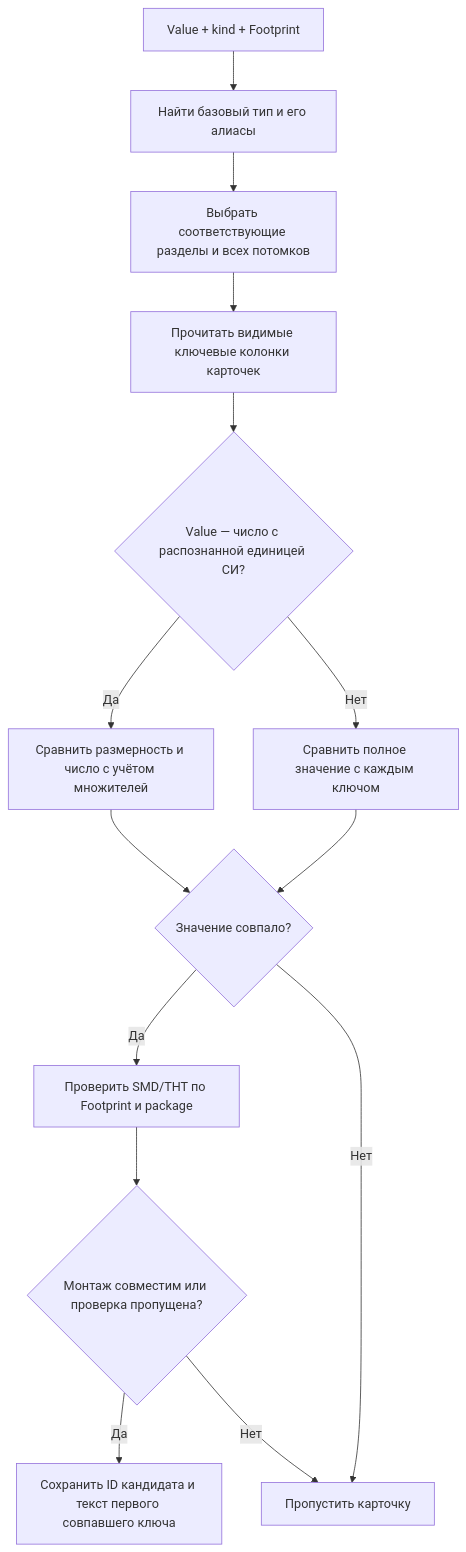
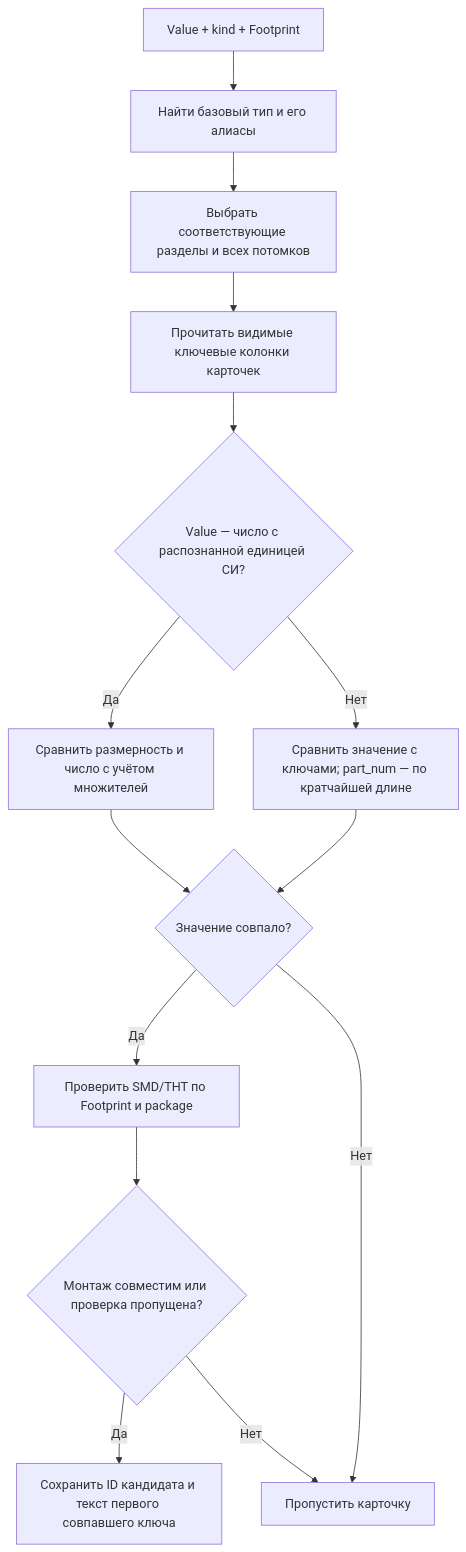
One commit to abel-msk/PartsDB changed the diagram in docs/parts-matching-algorithm-examples.md. Above: the diagram before and after it, drawn with Mermaid. The commit also changed other lines of this file and 106 other files, not shown here.

````diff
--- a/docs/parts-matching-algorithm-examples.md
+++ b/docs/parts-matching-algorithm-examples.md
@@ -28,16 +28,16 @@
 ```mermaid
 flowchart TD
     A["Value + kind + Footprint"] --> B["Найти базовый тип и его алиасы"]
     B --> C["Выбрать соответствующие разделы и всех потомков"]
     C --> D["Прочитать видимые ключевые колонки карточек"]
     D --> E{"Value — число с распознанной единицей СИ?"}
     E -->|Да| F["Сравнить размерность и число с учётом множителей"]
-    E -->|Нет| G["Сравнить полное значение с каждым ключом"]
+    E -->|Нет| G["Сравнить значение с ключами; part_num — по кратчайшей длине"]
     F --> H{"Значение совпало?"}
     G --> H
     H -->|Да| I["Проверить SMD/THT по Footprint и package"]
     H -->|Нет| J["Пропустить карточку"]
     I --> K{"Монтаж совместим или проверка пропущена?"}
     K -->|Да| L["Сохранить ID кандидата и текст первого совпавшего ключа"]
     K -->|Нет| J
 ```
````
